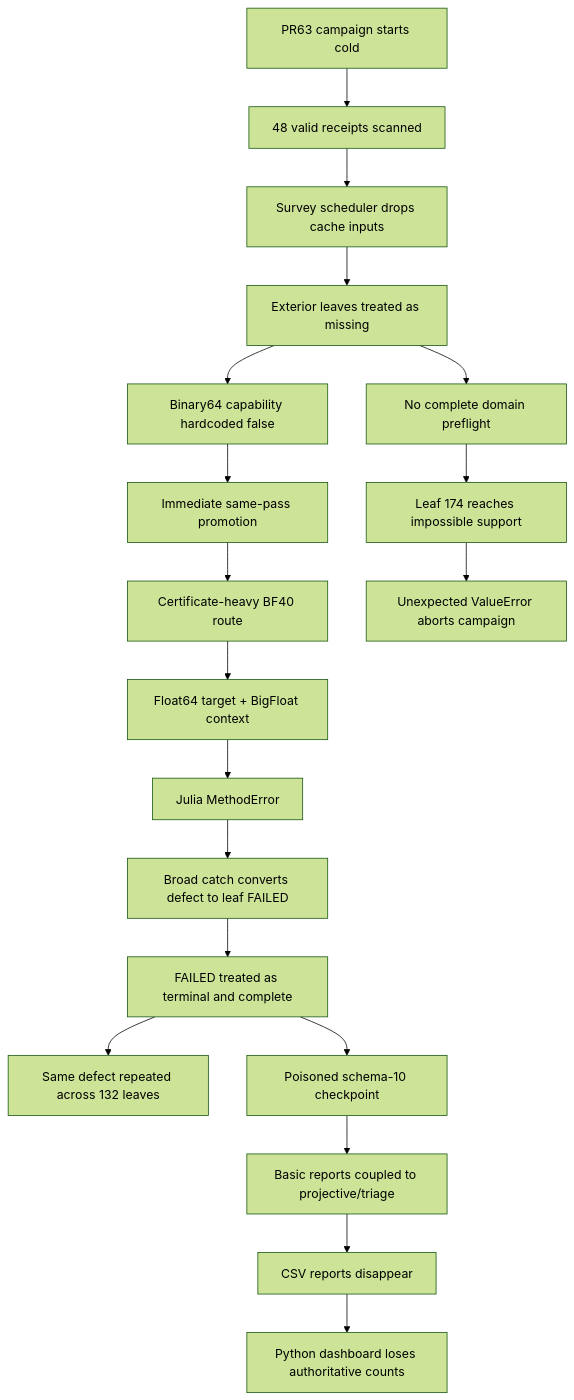
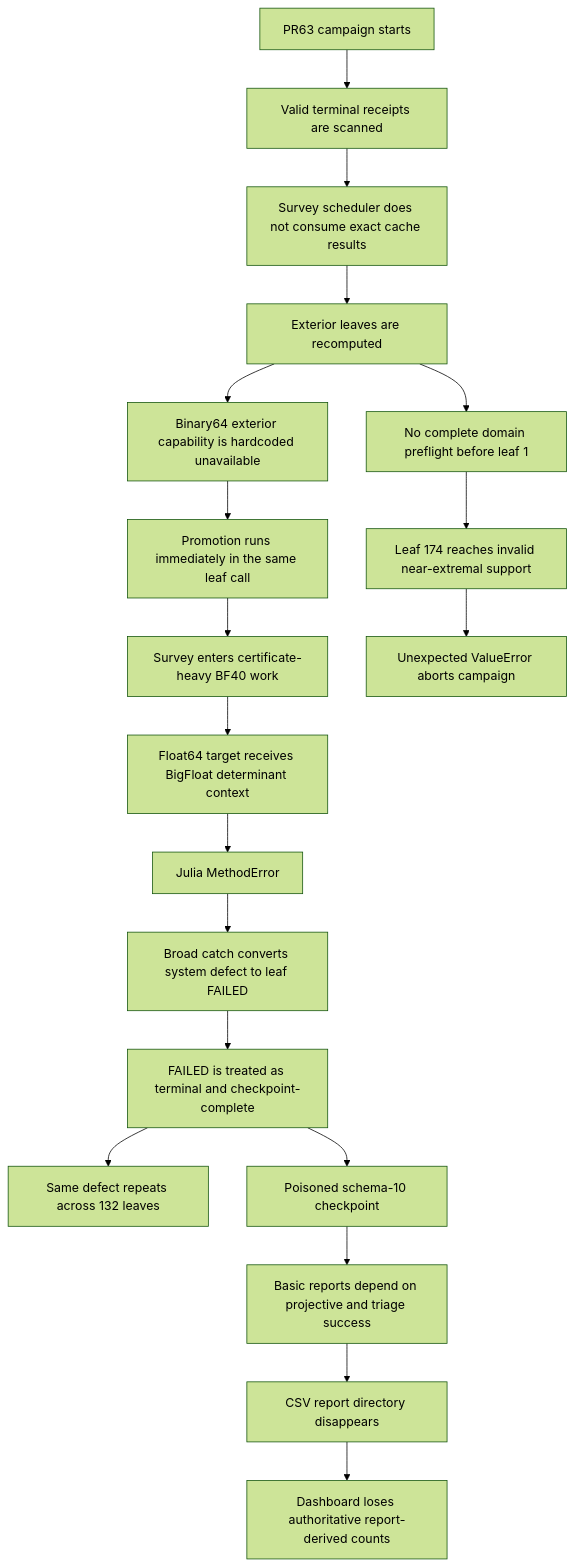
The diagram in docs/engineering/PR64_REPAIR_MAP.md (vbrodi23-lgtm/Kerr-QNM_Windows-Solver), drawn with Mermaid (forest theme) before and after one commit. The commit also changed other lines of this file, not shown here.

````diff
--- a/docs/engineering/PR64_REPAIR_MAP.md
+++ b/docs/engineering/PR64_REPAIR_MAP.md
@@ -7,23 +179,23 @@
 ```mermaid
 flowchart TD
-    A["PR63 campaign starts cold"] --> B["48 valid receipts scanned"]
-    B --> C["Survey scheduler drops cache inputs"]
-    C --> D["Exterior leaves treated as missing"]
-    D --> E["Binary64 capability hardcoded false"]
-    E --> F["Immediate same-pass promotion"]
-    F --> G["Certificate-heavy BF40 route"]
-    G --> H["Float64 target + BigFloat context"]
+    A["PR63 campaign starts"] --> B["Valid terminal receipts are scanned"]
+    B --> C["Survey scheduler does not consume exact cache results"]
+    C --> D["Exterior leaves are recomputed"]
+    D --> E["Binary64 exterior capability is hardcoded unavailable"]
+    E --> F["Promotion runs immediately in the same leaf call"]
+    F --> G["Survey enters certificate-heavy BF40 work"]
+    G --> H["Float64 target receives BigFloat determinant context"]
     H --> I["Julia MethodError"]
-    I --> J["Broad catch converts defect to leaf FAILED"]
-    J --> K["FAILED treated as terminal and complete"]
-    K --> L["Same defect repeated across 132 leaves"]
+    I --> J["Broad catch converts system defect to leaf FAILED"]
+    J --> K["FAILED is treated as terminal and checkpoint-complete"]
+    K --> L["Same defect repeats across 132 leaves"]
 
-    D --> M["No complete domain preflight"]
-    M --> N["Leaf 174 reaches impossible support"]
+    D --> M["No complete domain preflight before leaf 1"]
+    M --> N["Leaf 174 reaches invalid near-extremal support"]
     N --> O["Unexpected ValueError aborts campaign"]
 
     K --> P["Poisoned schema-10 checkpoint"]
-    P --> Q["Basic reports coupled to projective/triage"]
-    Q --> R["CSV reports disappear"]
-    R --> S["Python dashboard loses authoritative counts"]
+    P --> Q["Basic reports depend on projective and triage success"]
+    Q --> R["CSV report directory disappears"]
+    R --> S["Dashboard loses authoritative report-derived counts"]
 ```
````
